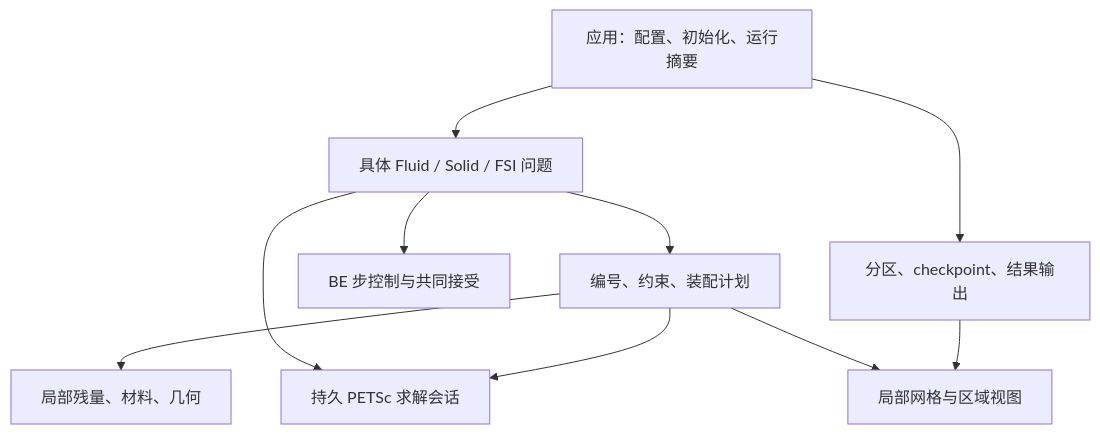
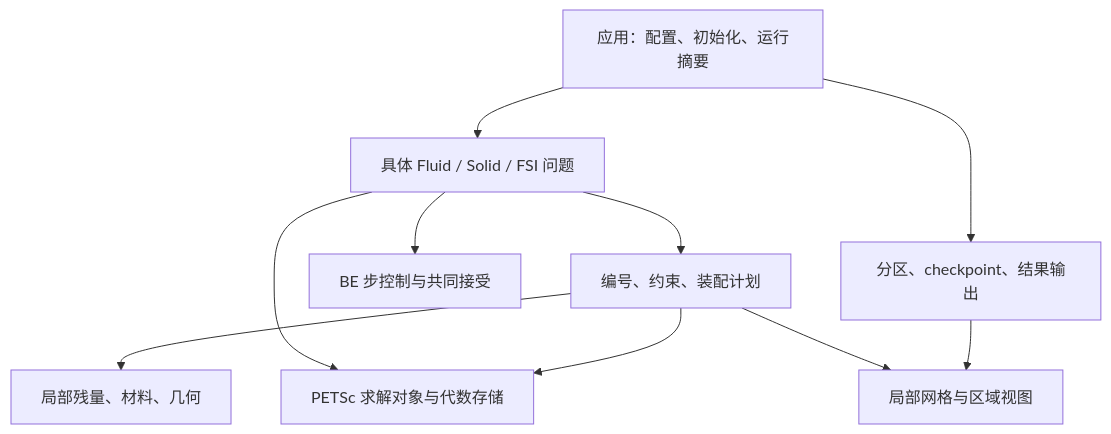
Before and after one commit to saitoasukakawaii/EONSim-new: the first of 2 diagrams in docs/architecture/EONSIM_NEXT_STAGE_DESIGN.md, drawn with Mermaid. The commit also changed other lines of this file and 15 other files, not shown here.

Commit message:
docs: plan general FEM architecture and upstream learning

````diff
--- a/docs/architecture/EONSIM_NEXT_STAGE_DESIGN.md
+++ b/docs/architecture/EONSIM_NEXT_STAGE_DESIGN.md
@@ -40,12 +42,12 @@
 ```mermaid
 flowchart TD
     App[应用：配置、初始化、运行摘要] --> Problem[具体 Fluid / Solid / FSI 问题]
     App --> IO[分区、checkpoint、结果输出]
     Problem --> Time[BE 步控制与共同接受]
     Problem --> Assembly[编号、约束、装配计划]
-    Problem --> Solver[持久 PETSc 求解会话]
+    Problem --> Solver[PETSc 求解对象与代数存储]
     Assembly --> Kernel[局部残量、材料、几何]
     Assembly --> Solver
     Assembly --> Mesh[局部网格与区域视图]
     IO --> Mesh
 ```
````
